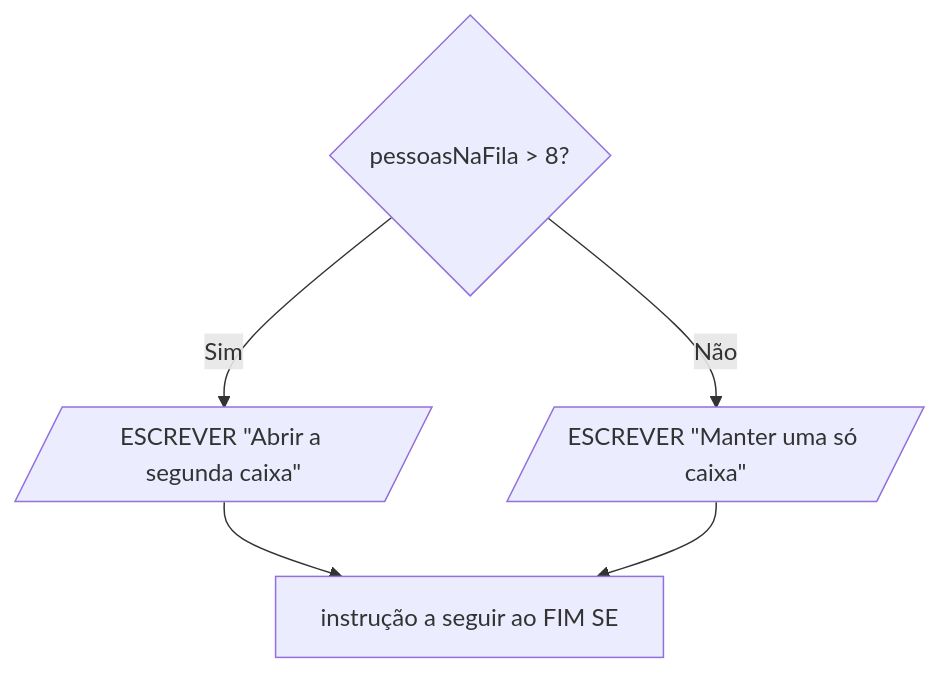
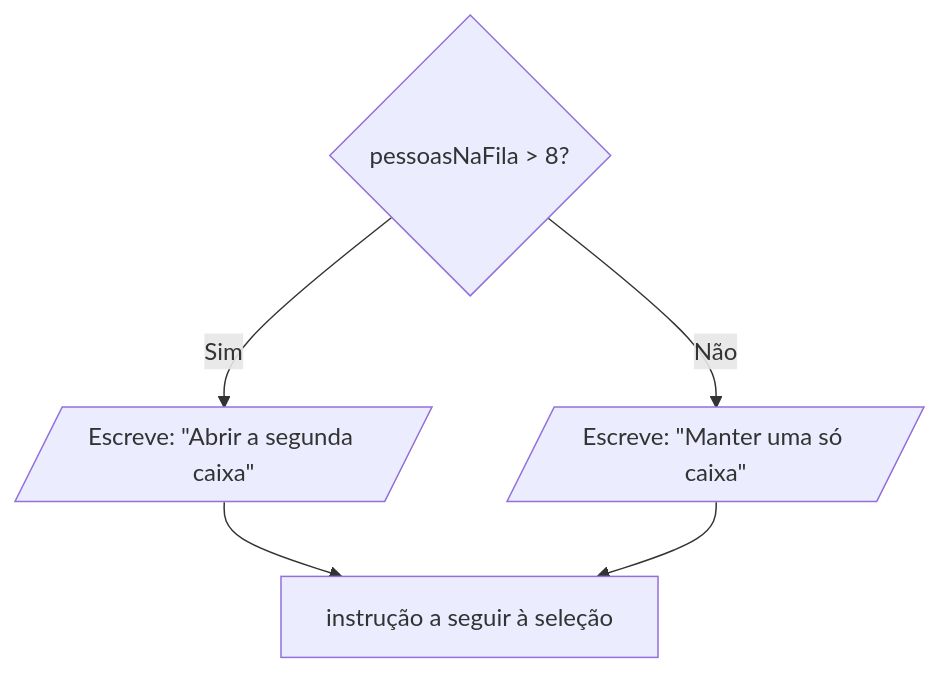
One commit to NunoMACastro/epms-2627-1ig-lp changed the second of 4 diagrams in 01-algoritmos/03-decisoes-e-validacao.md. Above: the diagram before and after it, drawn with Mermaid. The commit also changed other lines of this file and 10 other files, not shown here.

````diff
--- a/01-algoritmos/03-decisoes-e-validacao.md
+++ b/01-algoritmos/03-decisoes-e-validacao.md
@@ -208,7 +222,7 @@
 ```mermaid
 flowchart TD
-    A{"pessoasNaFila > 8?"} -->|Sim| B[/"ESCREVER #quot;Abrir a segunda caixa#quot;"/]
-    A -->|Não| C[/"ESCREVER #quot;Manter uma só caixa#quot;"/]
-    B --> D["instrução a seguir ao FIM SE"]
+    A{"pessoasNaFila > 8?"} -->|Sim| B[/"Escreve: #quot;Abrir a segunda caixa#quot;"/]
+    A -->|Não| C[/"Escreve: #quot;Manter uma só caixa#quot;"/]
+    B --> D["instrução a seguir à seleção"]
     C --> D
 ```
````
